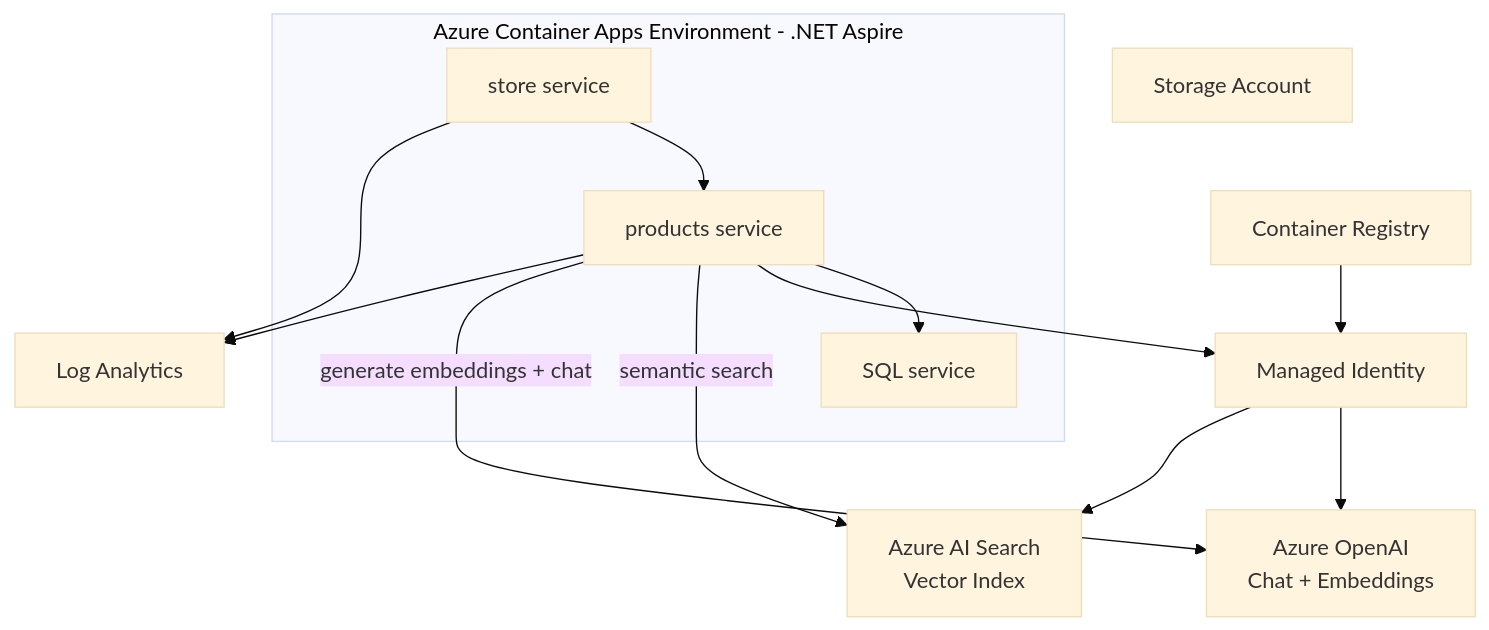
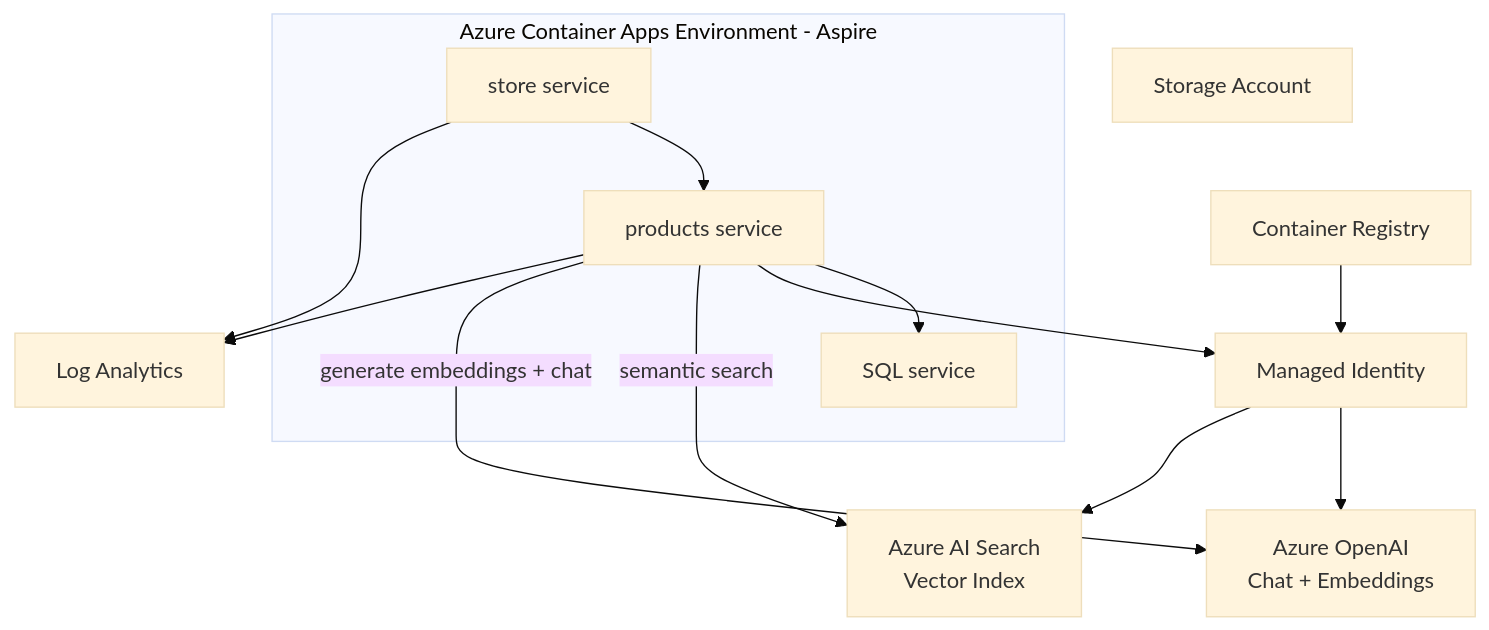
One commit to Azure-Samples/eShopLite changed the diagram in scenarios/08-Sql2025/README.md. Above: the diagram before and after it, drawn with Mermaid (base theme). The commit also changed other lines of this file and 60 other files, not shown here.

````diff
--- a/scenarios/08-Sql2025/README.md
+++ b/scenarios/08-Sql2025/README.md
@@ -33,29 +33,29 @@
   ```mermaid
   flowchart TD
-      subgraph "Azure Container Apps Environment - .NET Aspire"
+      subgraph "Azure Container Apps Environment - Aspire"
           store[store service]
           products[products service]
           sql[SQL service]
           store --> products
           products --> sql
       end
   
       ContainerRegistry[Container Registry]
       StorageAccount[Storage Account]
       ManagedIdentity[Managed Identity]
       OpenAI[Azure OpenAI\nChat + Embeddings]
       AISearch[Azure AI Search\nVector Index]
       LogAnalytics[Log Analytics]
   
       ContainerRegistry --> ManagedIdentity
       ManagedIdentity --> OpenAI
       ManagedIdentity --> AISearch
   
       products --> ManagedIdentity
       products -->|semantic search| AISearch
       products -->|generate embeddings + chat| OpenAI
   
       store --> LogAnalytics
       products --> LogAnalytics
   
   ```
````
